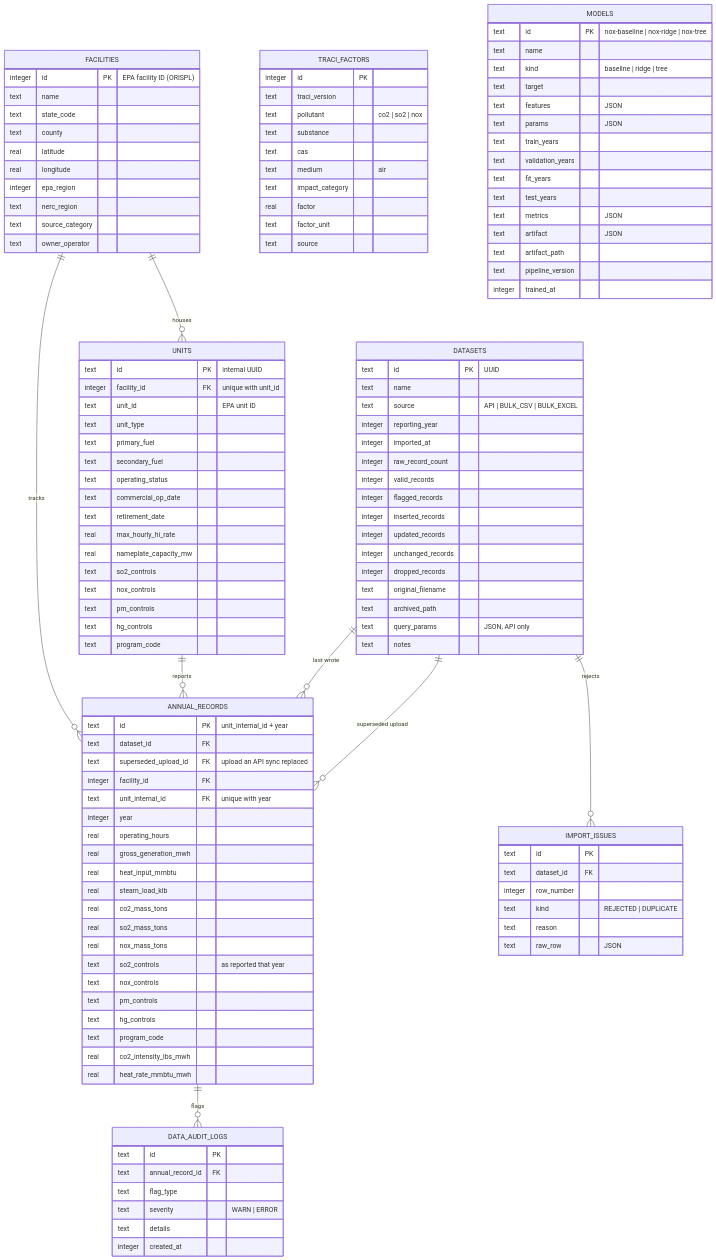
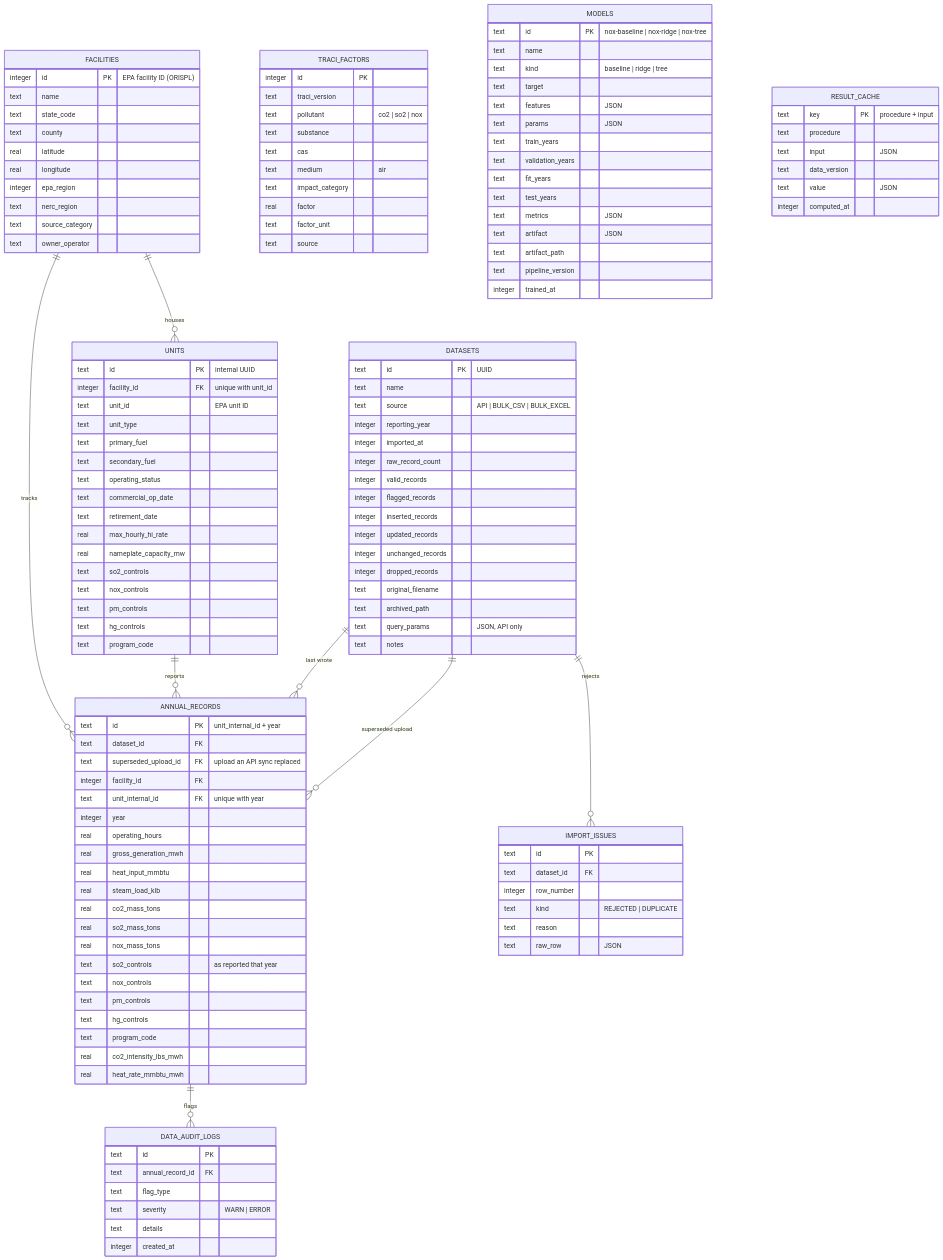
One commit to raajbanga/epaData changed the second of 2 diagrams in docs/data.md. Above: the diagram before and after it, drawn with Mermaid. The commit also changed other lines of this file and 109 other files, not shown here.

````diff
--- a/docs/data.md
+++ b/docs/data.md
@@ -209,4 +209,13 @@
         text pipeline_version
         integer trained_at
     }
+
+    RESULT_CACHE {
+        text key PK "procedure + input"
+        text procedure
+        text input "JSON"
+        text data_version
+        text value "JSON"
+        integer computed_at
+    }
 ```
````
